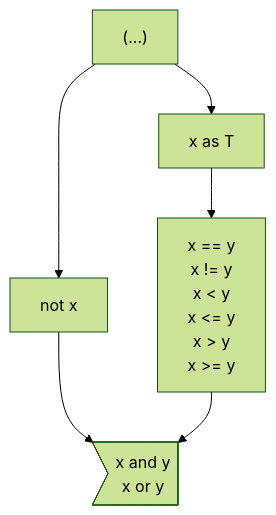
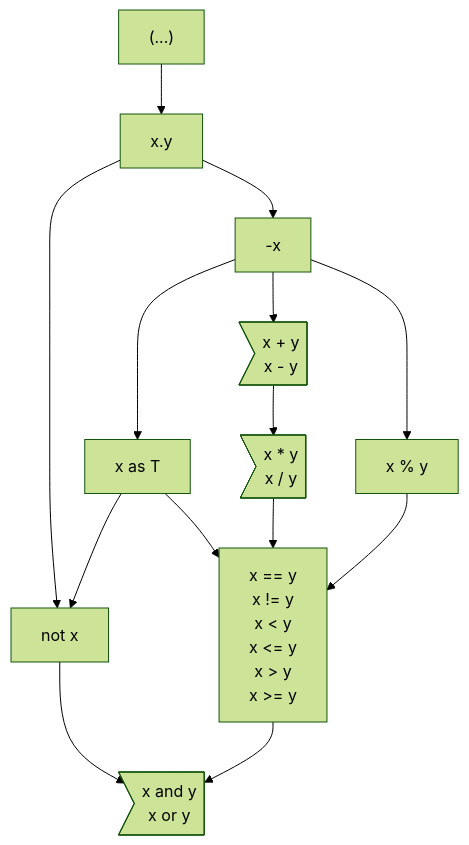
Before and after one commit to carbon-language/carbon-lang: the first of 2 diagrams in docs/design/expressions/README.md, drawn with Mermaid (forest theme).

Commit message:
Add arithmetic operators and member access to precedence diagram.

````diff
--- a/docs/design/expressions/README.md
+++ b/docs/design/expressions/README.md
@@ -72,8 +72,13 @@
 ```mermaid
 graph TD
-    parens["(...)"] --> as & not
-    as["x as T"] --> comparison
+    parens["(...)"] --> primary
+    primary["x.y"] --> not & negation
+    negation["-x"] --> additive & modulo & as
+    as["x as T"] --> comparison & not
     not["not x"] --> and_or
+    additive>"x + y<br> x - y"] --> multiplicative
+    multiplicative>"x * y<br> x / y"] --> comparison
+    modulo["x % y"] --> comparison
     comparison["x == y<br> x != y<br> x < y<br> x <= y<br> x > y<br> x >= y"] --> and_or
     and_or>"x and y<br> x or y"]
 ```
````
